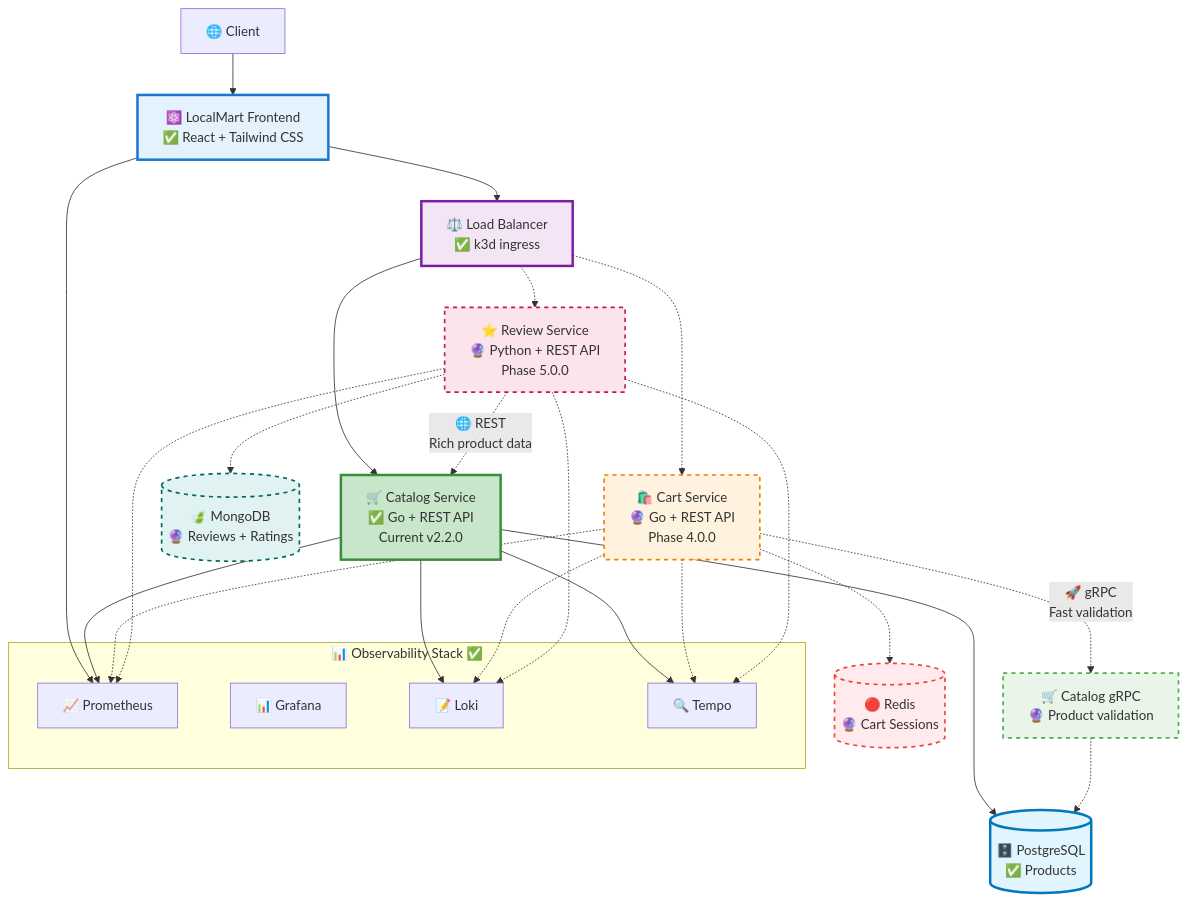
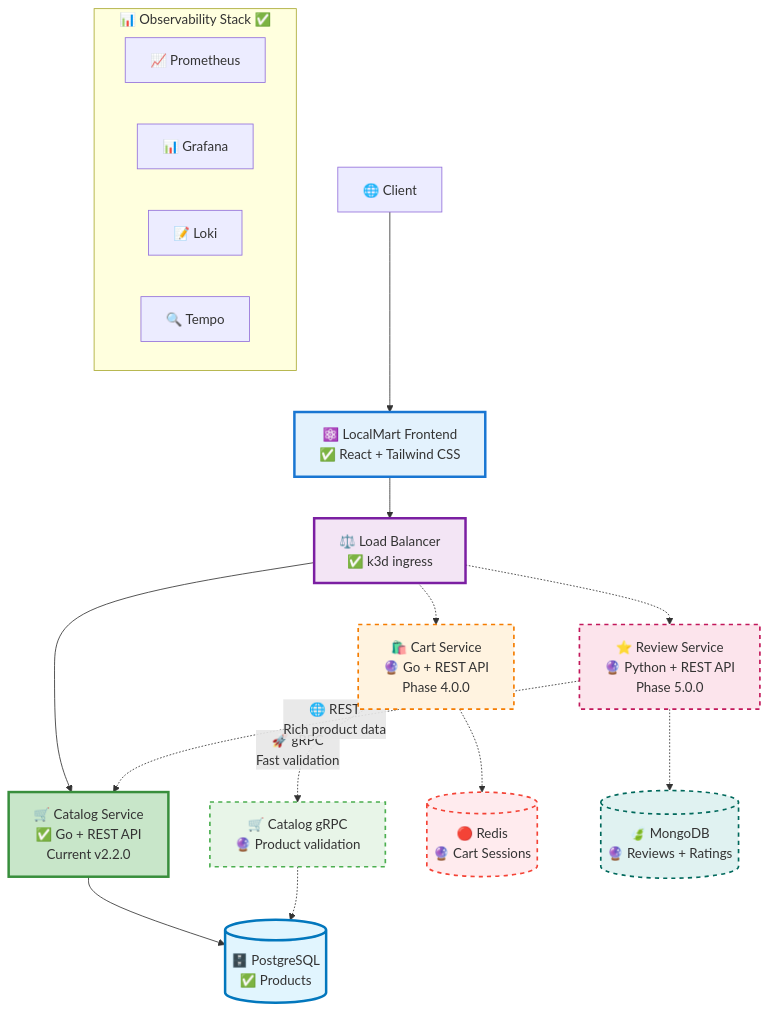
The second of 2 diagrams in README.md (MansoorMajeed/kubernetes-lab), drawn with Mermaid before and after one commit. The commit also changed other lines of this file, not shown here.

Commit message:
too cluttered

````diff
--- a/README.md
+++ b/README.md
@@ -91,57 +91,43 @@
 ```mermaid
 graph TB
     Client[🌐 Client] --> Frontend[⚛️ LocalMart Frontend<br/>✅ React + Tailwind CSS]
     Frontend --> LB[⚖️ Load Balancer<br/>✅ k3d ingress]
     
     %% Current Services (Solid lines)
     LB --> CatalogAPI[🛒 Catalog Service<br/>✅ Go + REST API<br/>Current v2.2.0]
     CatalogAPI --> PostgreSQL[(🗄️ PostgreSQL<br/>✅ Products)]
     
     %% Future Services (Dotted lines)  
     LB -.-> CartAPI[🛍️ Cart Service<br/>🔮 Go + REST API<br/>Phase 4.0.0]
     LB -.-> ReviewAPI[⭐ Review Service<br/>🔮 Python + REST API<br/>Phase 5.0.0]
     
     %% Future Service Communication (Dotted lines)
     CartAPI -.->|"🚀 gRPC<br/>Fast validation"| CatalogGRPC[🛒 Catalog gRPC<br/>🔮 Product validation]
     ReviewAPI -.->|"🌐 REST<br/>Rich product data"| CatalogAPI
     CatalogGRPC -.-> PostgreSQL
     
     %% Future Databases (Dotted lines)
     CartAPI -.-> Redis[(🔴 Redis<br/>🔮 Cart Sessions)]
     ReviewAPI -.-> MongoDB[(🍃 MongoDB<br/>🔮 Reviews + Ratings)]
     
     %% Observability Stack (Current)
     subgraph "📊 Observability Stack ✅"
         Prometheus[📈 Prometheus]
         Grafana[📊 Grafana] 
         Loki[📝 Loki]
         Tempo[🔍 Tempo]
     end
     
-    %% Current Observability Connections (Solid lines)
-    Frontend --> Prometheus
-    CatalogAPI --> Prometheus
-    CatalogAPI --> Loki
-    CatalogAPI --> Tempo
-    
-    %% Future Observability Connections (Dotted lines)
-    CartAPI -.-> Prometheus
-    ReviewAPI -.-> Prometheus
-    CartAPI -.-> Loki  
-    ReviewAPI -.-> Loki
-    CartAPI -.-> Tempo
-    ReviewAPI -.-> Tempo
-    
     %% Styling - Current (bright colors)
     style Frontend fill:#e3f2fd,stroke:#1976d2,stroke-width:3px
     style CatalogAPI fill:#c8e6c9,stroke:#388e3c,stroke-width:3px
     style PostgreSQL fill:#e1f5fe,stroke:#0277bd,stroke-width:3px
     style LB fill:#f3e5f5,stroke:#7b1fa2,stroke-width:3px
     
     %% Styling - Future (muted colors)
     style CartAPI fill:#fff3e0,stroke:#f57c00,stroke-width:2px,stroke-dasharray: 5 5
     style ReviewAPI fill:#fce4ec,stroke:#c2185b,stroke-width:2px,stroke-dasharray: 5 5
     style CatalogGRPC fill:#e8f5e8,stroke:#4caf50,stroke-width:2px,stroke-dasharray: 5 5
     style Redis fill:#ffebee,stroke:#f44336,stroke-width:2px,stroke-dasharray: 5 5
     style MongoDB fill:#e0f2f1,stroke:#00695c,stroke-width:2px,stroke-dasharray: 5 5
 ```
````
